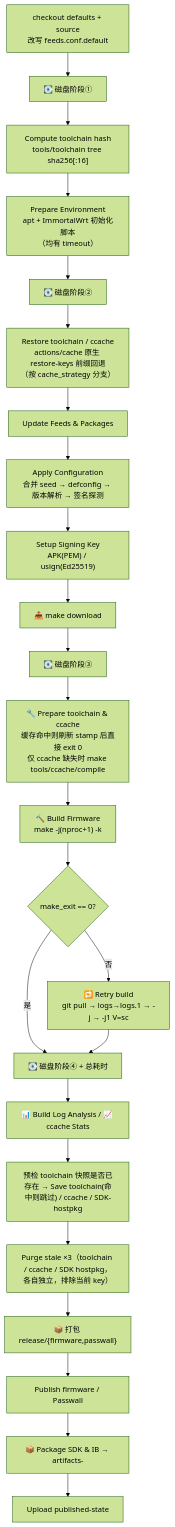
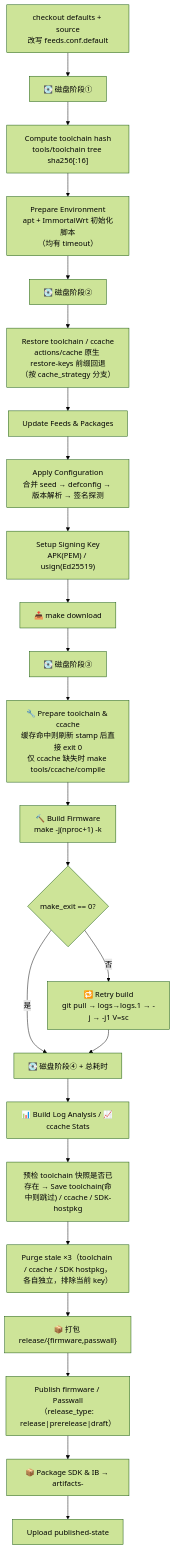
One commit to solarflows/AutoWorkFlows changed the fourth of 9 diagrams in docs/ci-flow.md. Above: the diagram before and after it, drawn with Mermaid (forest theme). The commit also changed other lines of this file and 5 other files, not shown here.

First line of the commit message:
feat(release): Release 可控性补齐 — release_type 开关 + --target 统一 + 降级防护 + require_signing + keep_versions input

````diff
--- a/docs/ci-flow.md
+++ b/docs/ci-flow.md
@@ -157,26 +157,26 @@
 ```mermaid
 flowchart TD
     A["checkout defaults + source<br/>改写 feeds.conf.default"] --> B["💽 磁盘阶段①"]
     B --> C["Compute toolchain hash<br/>tools/toolchain tree sha256[:16]"]
     C --> D["Prepare Environment<br/>apt + ImmortalWrt 初始化脚本<br/>（均有 timeout）"]
     D --> E["💽 磁盘阶段②"]
     E --> G["Restore toolchain / ccache<br/>actions/cache 原生 restore-keys 前缀回退<br/>（按 cache_strategy 分支）"]
     G --> H["Update Feeds & Packages"]
     H --> I["Apply Configuration<br/>合并 seed → defconfig → 版本解析 → 签名探测"]
     I --> J["Setup Signing Key<br/>APK(PEM) / usign(Ed25519)"]
     J --> K["📥 make download"]
     K --> L["💽 磁盘阶段③"]
     L --> M["🔧 Prepare toolchain & ccache<br/>缓存命中则刷新 stamp 后直接 exit 0<br/>仅 ccache 缺失时 make tools/ccache/compile"]
     M --> N["🔨 Build Firmware<br/>make -j(nproc+1) -k"]
     N --> O{"make_exit == 0?"}
     O -->|"否"| P["🔁 Retry build<br/>git pull → logs→logs.1 → -j → -j1 V=sc"]
     O -->|"是"| Q
     P --> Q["💽 磁盘阶段④ + 总耗时"]
     Q --> R["📊 Build Log Analysis / 📈 ccache Stats"]
     R --> S["预检 toolchain 快照是否已存在 → Save toolchain(命中则跳过) / ccache / SDK-hostpkg"]
     S --> T["Purge stale ×3（toolchain / ccache / SDK hostpkg，各自独立，排除当前 key）"]
     T --> U["📦 打包 release/{firmware,passwall}"]
-    U --> V["Publish firmware / Passwall"]
+    U --> V["Publish firmware / Passwall<br/>（release_type: release|prerelease|draft）"]
     V --> W["📦 Package SDK & IB → artifacts-<target>"]
     W --> X["Upload published-state"]
 ```
````
